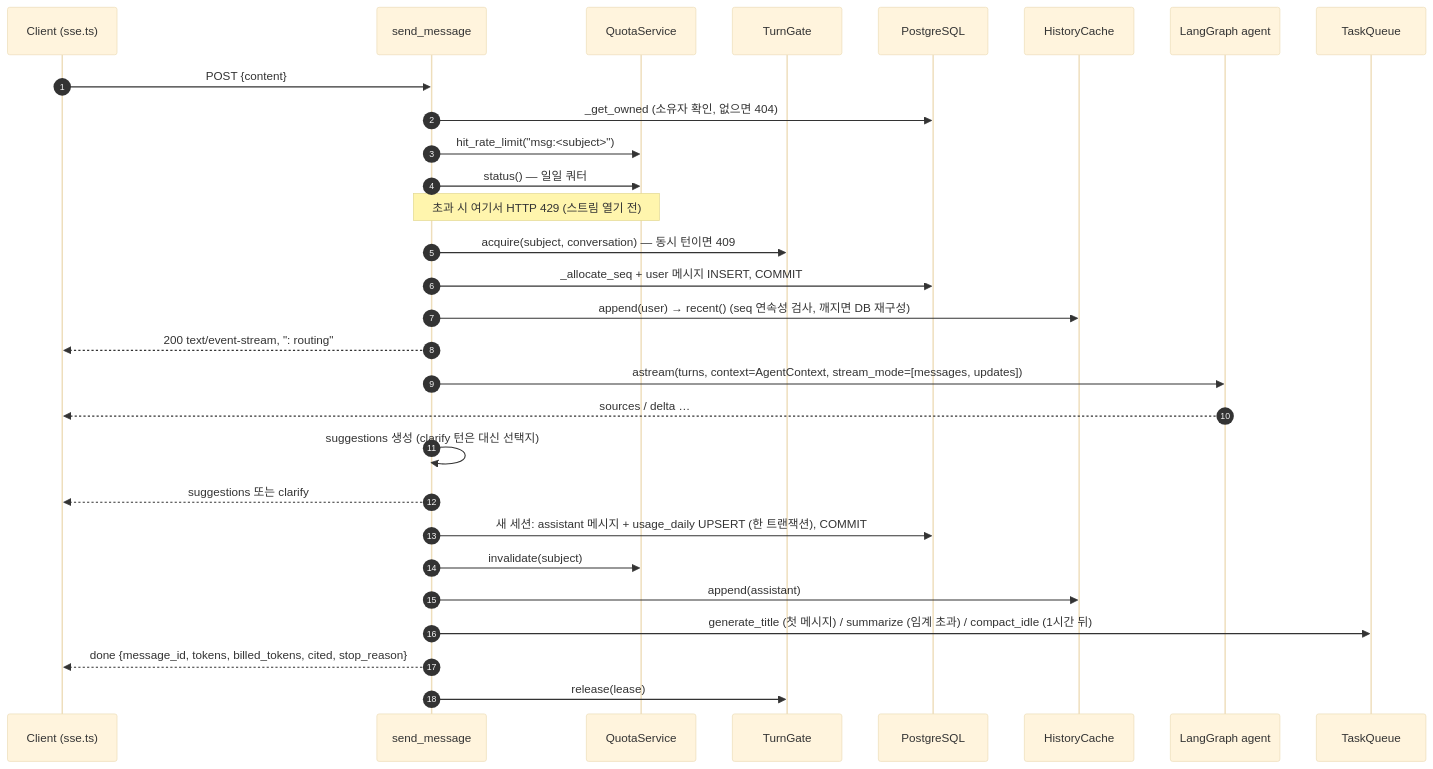
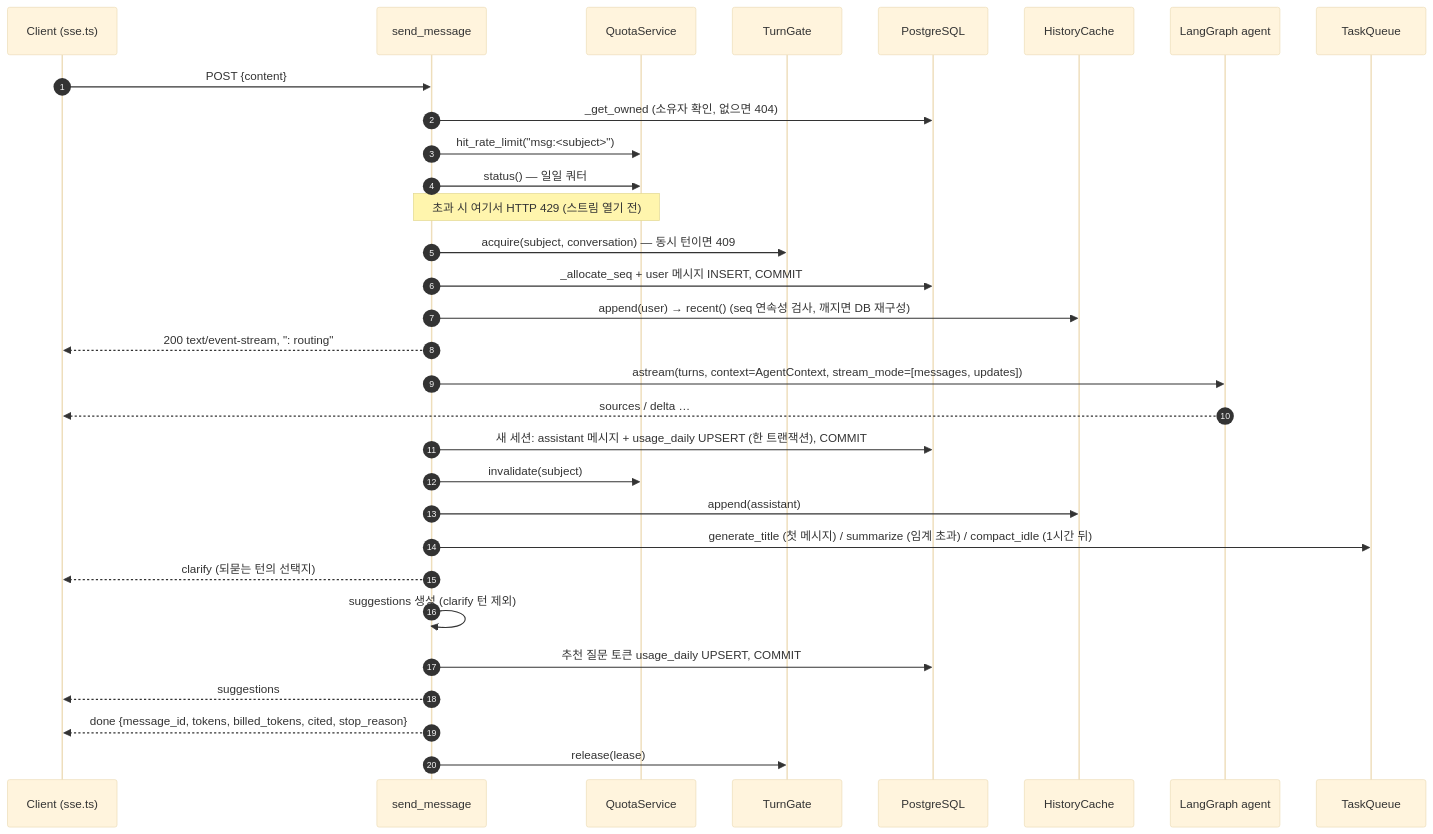
Before and after one commit to Jake-tt/chatforge: the third of 8 diagrams in ARCHITECTURE.md, drawn with Mermaid (base theme). The commit also changed other lines of this file and 4 other files, not shown here.

````diff
--- a/ARCHITECTURE.md
+++ b/ARCHITECTURE.md
@@ -193,32 +193,34 @@
 ```mermaid
 sequenceDiagram
   autonumber
   participant C as Client (sse.ts)
   participant R as send_message
   participant Q as QuotaService
   participant G as TurnGate
   participant DB as PostgreSQL
   participant H as HistoryCache
   participant A as LangGraph agent
   participant T as TaskQueue
 
   C->>R: POST {content}
   R->>DB: _get_owned (소유자 확인, 없으면 404)
   R->>Q: hit_rate_limit("msg:<subject>")
   R->>Q: status() — 일일 쿼터
   Note over R,Q: 초과 시 여기서 HTTP 429 (스트림 열기 전)
   R->>G: acquire(subject, conversation) — 동시 턴이면 409
   R->>DB: _allocate_seq + user 메시지 INSERT, COMMIT
   R->>H: append(user) → recent() (seq 연속성 검사, 깨지면 DB 재구성)
   R-->>C: 200 text/event-stream, ": routing"
   R->>A: astream(turns, context=AgentContext, stream_mode=[messages, updates])
   A-->>C: sources / delta …
-  R->>R: suggestions 생성 (clarify 턴은 대신 선택지)
-  R-->>C: suggestions 또는 clarify
   R->>DB: 새 세션: assistant 메시지 + usage_daily UPSERT (한 트랜잭션), COMMIT
   R->>Q: invalidate(subject)
   R->>H: append(assistant)
   R->>T: generate_title (첫 메시지) / summarize (임계 초과) / compact_idle (1시간 뒤)
+  R-->>C: clarify (되묻는 턴의 선택지)
+  R->>R: suggestions 생성 (clarify 턴 제외)
+  R->>DB: 추천 질문 토큰 usage_daily UPSERT, COMMIT
+  R-->>C: suggestions
   R-->>C: done {message_id, tokens, billed_tokens, cited, stop_reason}
   R->>G: release(lease)
 ```
````
